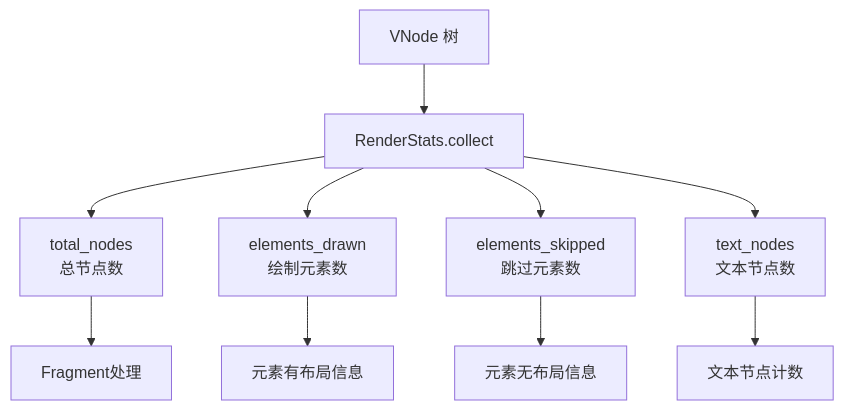
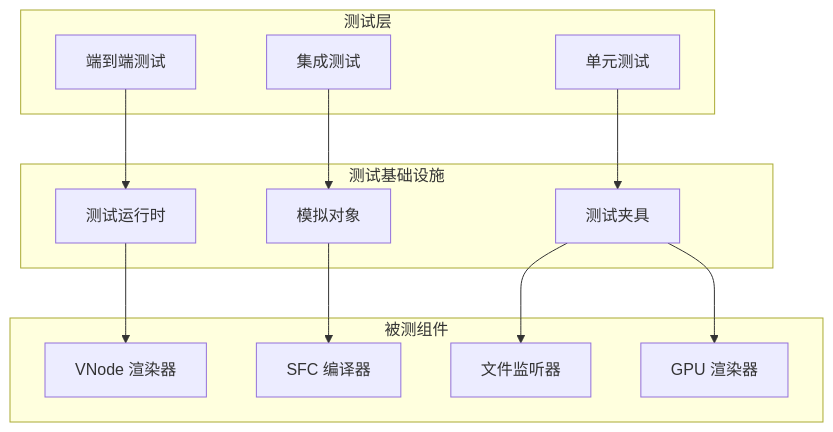
The third of 8 diagrams in .qoder/repowiki/zh/content/核心功能特性/工程化与商业化能力/测试框架与基础设施/测试框架与基础设施.md (itszzl-sudo/iris), drawn with Mermaid before and after one commit. The commit also changed other lines of this file and 4 other files, not shown here.

````diff
--- a/.qoder/repowiki/zh/content/核心功能特性/工程化与商业化能力/测试框架与基础设施/测试框架与基础设施.md
+++ b/.qoder/repowiki/zh/content/核心功能特性/工程化与商业化能力/测试框架与基础设施/测试框架与基础设施.md
@@ -315,12 +121,26 @@
 ```mermaid
-flowchart TD
-VNode[VNode 树] --> Stats[RenderStats.collect]
-Stats --> Total[total_nodes<br/>总节点数]
-Stats --> Elements[elements_drawn<br/>绘制元素数]
-Stats --> Skipped[elements_skipped<br/>跳过元素数]
-Stats --> Text[text_nodes<br/>文本节点数]
-Elements --> Draw[元素有布局信息]
-Skipped --> NoLayout[元素无布局信息]
-Total --> Fragment[Fragment处理]
-Text --> Count[文本节点计数]
+graph TB
+subgraph "测试层"
+E2E[端到端测试]
+INTEGRATION[集成测试]
+UNIT[单元测试]
+end
+subgraph "测试基础设施"
+RUNTIME[测试运行时]
+MOCK[模拟对象]
+FIXTURE[测试夹具]
+end
+subgraph "被测组件"
+RENDERER[VNode 渲染器]
+COMPILER[SFC 编译器]
+WATCHER[文件监听器]
+GPU[GPU 渲染器]
+end
+E2E --> RUNTIME
+INTEGRATION --> MOCK
+UNIT --> FIXTURE
+RUNTIME --> RENDERER
+MOCK --> COMPILER
+FIXTURE --> WATCHER
+FIXTURE --> GPU
 ```
````
